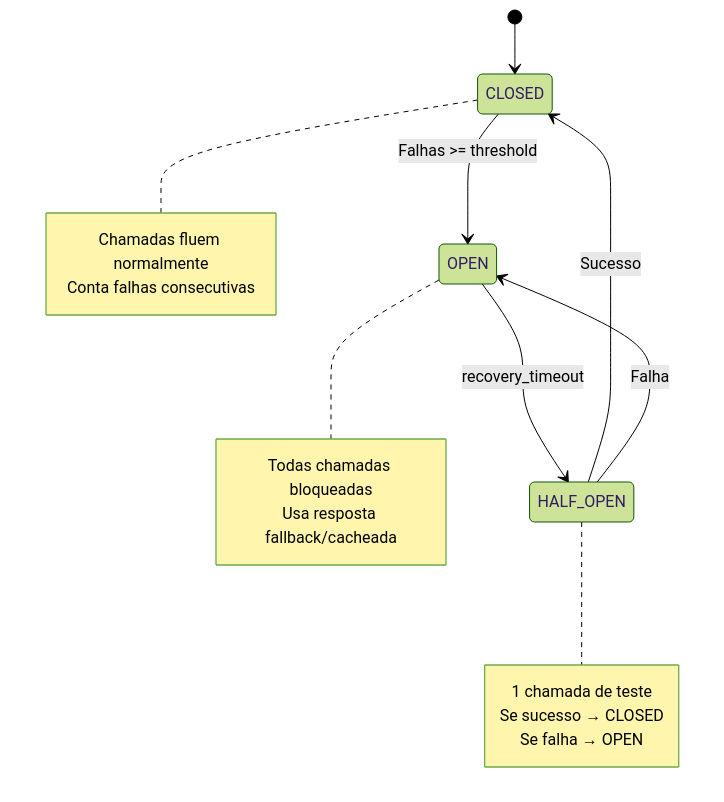
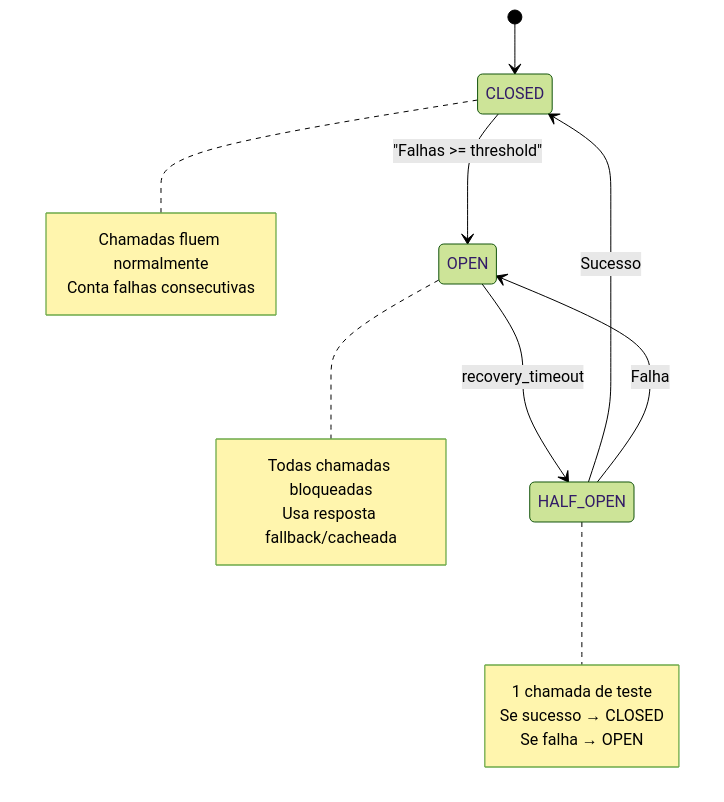
Before and after one commit to danilogmoura/applied-ai-agents: the diagram in modules/p3a3_planning/MATERIAL.md, drawn with Mermaid (forest theme). The commit also changed other lines of this file and 15 other files, not shown here.

````diff
--- a/modules/p3a3_planning/MATERIAL.md
+++ b/modules/p3a3_planning/MATERIAL.md
@@ -147,24 +158,24 @@
 ```mermaid
 stateDiagram-v2
     [*] --> CLOSED
-    CLOSED --> OPEN: Falhas >= threshold
+    CLOSED --> OPEN: "Falhas >= threshold"
     OPEN --> HALF_OPEN: recovery_timeout
     HALF_OPEN --> CLOSED: Sucesso
     HALF_OPEN --> OPEN: Falha
     
     note right of CLOSED
       Chamadas fluem normalmente
       Conta falhas consecutivas
     end note
     
     note right of OPEN
       Todas chamadas bloqueadas
       Usa resposta fallback/cacheada
     end note
     
     note right of HALF_OPEN
       1 chamada de teste
       Se sucesso → CLOSED
       Se falha → OPEN
     end note
 ```
````
